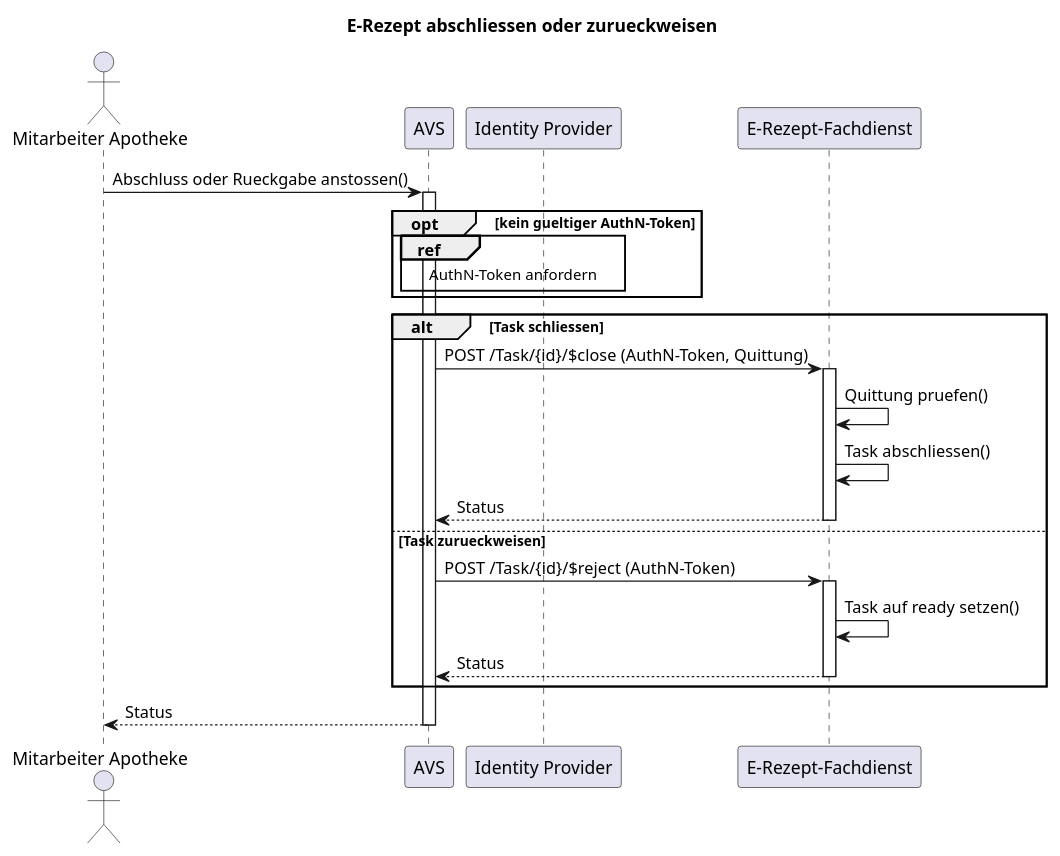
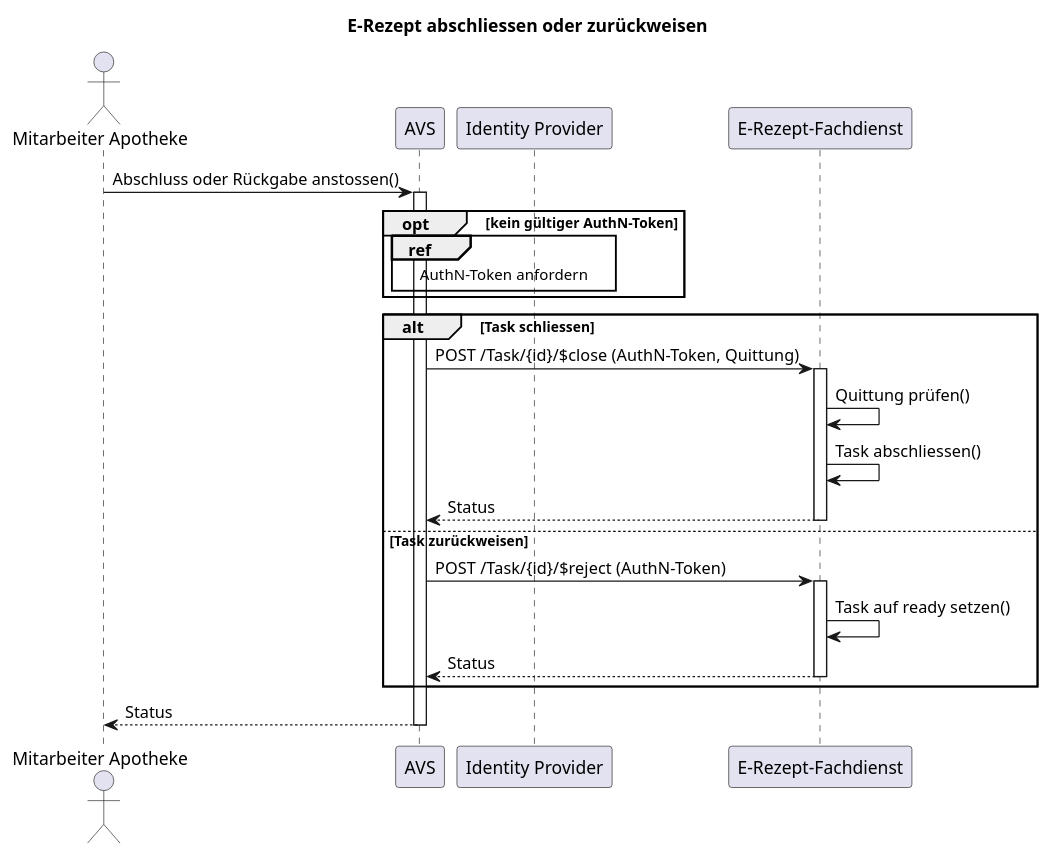
Before and after one commit to gematik/fhir-igs-workflow: the diagram in igs/rx/input/images-source/seq-e-rezept-abschliessen-zurueckweisen.plantuml, drawn with PlantUML. The commit also changed 6 other files, not shown here.

```diff
--- a/igs/rx/input/images-source/seq-e-rezept-abschliessen-zurueckweisen.plantuml
+++ b/igs/rx/input/images-source/seq-e-rezept-abschliessen-zurueckweisen.plantuml
@@ -1,34 +1,34 @@
 @startuml
-title E-Rezept abschliessen oder zurueckweisen
+title E-Rezept abschliessen oder zurückweisen
 
 actor "Mitarbeiter Apotheke" as MA
 participant "AVS" as AVS
 participant "Identity Provider" as IDP
 participant "E-Rezept-Fachdienst" as FD
 
-MA -> AVS: Abschluss oder Rueckgabe anstossen()
+MA -> AVS: Abschluss oder Rückgabe anstossen()
 activate AVS
 
-opt kein gueltiger AuthN-Token
+opt kein gültiger AuthN-Token
   ref over AVS, IDP: AuthN-Token anfordern
 end
 
 alt Task schliessen
   AVS -> FD: POST /Task/{id}/$close (AuthN-Token, Quittung)
   activate FD
-  FD -> FD: Quittung pruefen()
+  FD -> FD: Quittung prüfen()
   FD -> FD: Task abschliessen()
   FD --> AVS: Status
   deactivate FD
-else Task zurueckweisen
+else Task zurückweisen
   AVS -> FD: POST /Task/{id}/$reject (AuthN-Token)
   activate FD
   FD -> FD: Task auf ready setzen()
   FD --> AVS: Status
   deactivate FD
 end
 
 AVS --> MA: Status
 deactivate AVS
 
 @enduml
```
